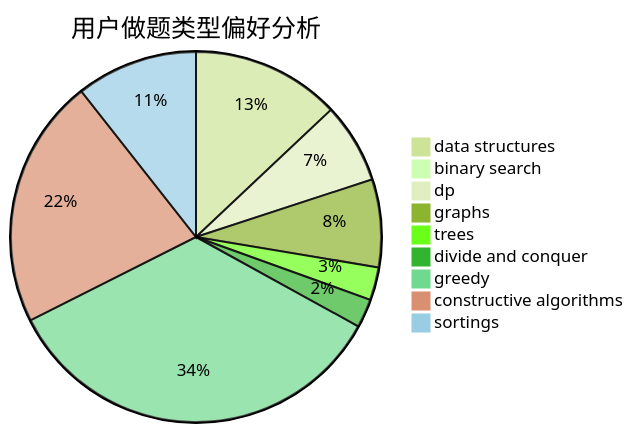
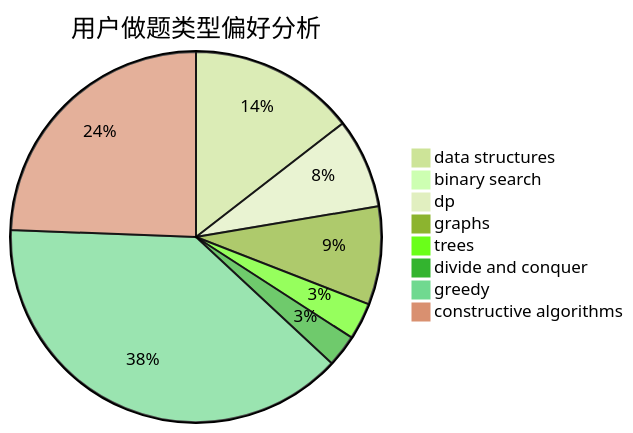
One commit to sherpahu/cfrs.github.io changed the second of 3 diagrams in docs/user/u44.md. Above: the diagram before and after it, drawn with Mermaid (forest theme). The commit also changed other lines of this file and 2769 other files, not shown here.

````diff
--- a/docs/user/u44.md
+++ b/docs/user/u44.md
@@ -18,12 +18,11 @@
 ```mermaid
 pie title 用户做题类型偏好分析
     "data structures" :  176
     "binary search" :  9
     "dp" :  95
     "graphs" :  104
     "trees" :  39
     "divide and conquer" :  34
     "greedy" :  469
     "constructive algorithms" :  296
-    "sortings" :  144
 ```
````
